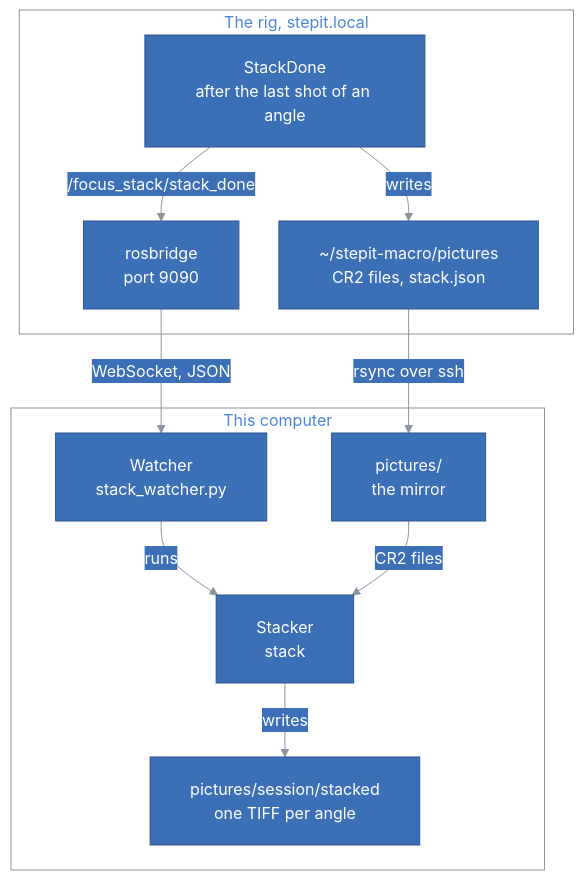
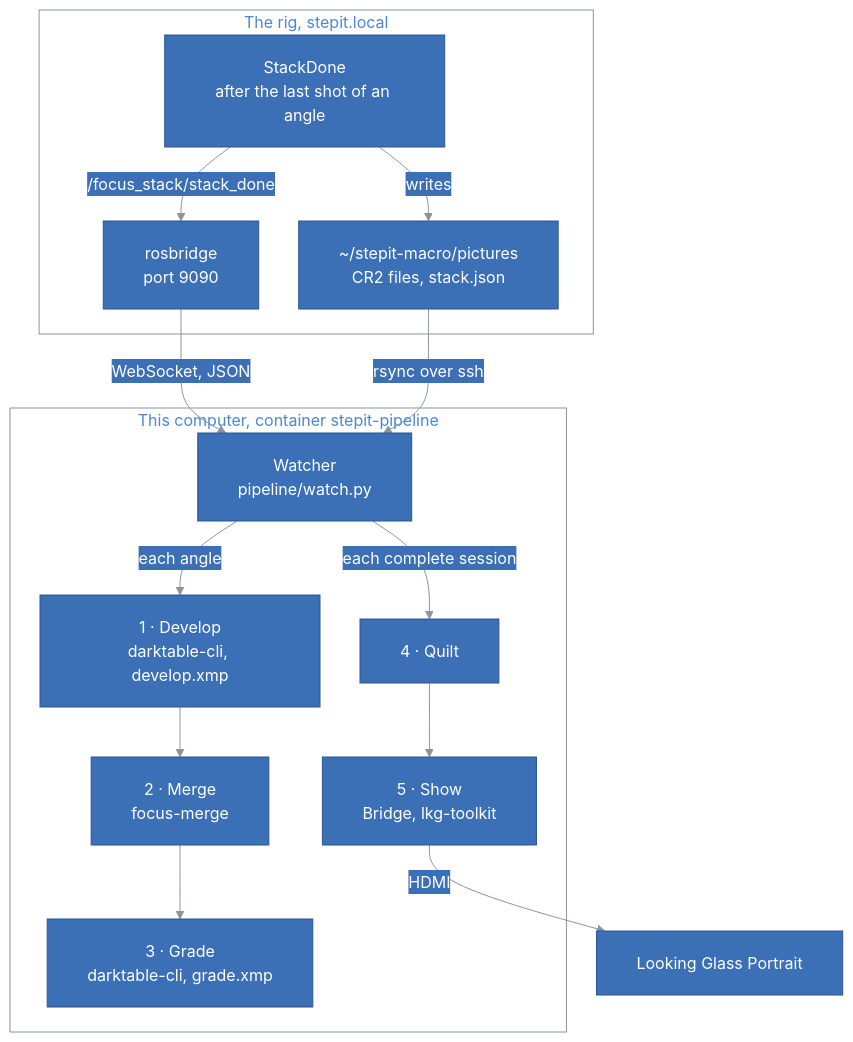
The first of 2 diagrams in docs/ARCHITECTURE.md (kineticsystem/stepit-stacker), drawn with Mermaid before and after one commit. The commit also changed other lines of this file and 25 other files, not shown here.

First line of the commit message:
Keep only the pipeline: remove the 8-bit stacker

````diff
--- a/docs/ARCHITECTURE.md
+++ b/docs/ARCHITECTURE.md
@@ -36,77 +33,80 @@
 ```mermaid
 ---
 config:
   theme: base
   themeCSS: ".edgeLabel p { padding: 4px 10px; }"
   flowchart:
     padding: 20
     nodeSpacing: 40
     rankSpacing: 50
   class:
     padding: 16
   sequence:
     boxMargin: 12
     boxTextMargin: 8
     noteMargin: 28
     messageMargin: 40
     actorMargin: 60
     labelBoxWidth: 56
     labelBoxHeight: 28
   themeVariables:
     primaryColor: "#3b6fb6"
     primaryTextColor: "#ffffff"
     primaryBorderColor: "#2c5590"
     lineColor: "#8b949e"
     textColor: "#4d86d6"
     actorBkg: "#3b6fb6"
     actorBorder: "#2c5590"
     actorTextColor: "#ffffff"
     actorLineColor: "#8b949e"
     signalColor: "#8b949e"
     signalTextColor: "#4d86d6"
     noteBkgColor: "#3b6fb6"
     noteTextColor: "#ffffff"
     noteBorderColor: "#2c5590"
     secondaryColor: "#3b6fb6"
     tertiaryColor: "#3b6fb6"
     clusterBkg: "transparent"
     clusterBorder: "#8b949e"
     titleColor: "#4d86d6"
     edgeLabelBackground: "#3b6fb6"
     classText: "#ffffff"
     labelBoxBkgColor: "#3b6fb6"
     labelBoxBorderColor: "#2c5590"
     labelTextColor: "#ffffff"
     loopTextColor: "#4d86d6"
     mainBkg: "#3b6fb6"
     nodeBorder: "#2c5590"
     nodeTextColor: "#ffffff"
     secondaryBorderColor: "#2c5590"
     secondaryTextColor: "#ffffff"
     tertiaryBorderColor: "#2c5590"
     tertiaryTextColor: "#ffffff"
     errorBkgColor: "#3b6fb6"
     errorTextColor: "#ffffff"
 ---
 flowchart TB
     subgraph Rig["The rig, stepit.local"]
         StackDone["StackDone<br/>after the last shot of an angle"]
-        Bridge["rosbridge<br/>port 9090"]
+        Rosbridge["rosbridge<br/>port 9090"]
         RigPictures["~/stepit-macro/pictures<br/>CR2 files, stack.json"]
-        StackDone -- "/focus_stack/stack_done" --> Bridge
+        StackDone -- "/focus_stack/stack_done" --> Rosbridge
         StackDone -- "writes" --> RigPictures
     end
-    subgraph PC["This computer"]
-        Watcher["Watcher<br/>stack_watcher.py"]
-        Mirror["pictures/<br/>the mirror"]
-        Stacker["Stacker<br/>stack"]
-        Images["pictures/session/stacked<br/>one TIFF per angle"]
-        Watcher -- "runs" --> Stacker
-        Mirror -- "CR2 files" --> Stacker
-        Stacker -- "writes" --> Images
+    subgraph PC["This computer, container stepit-pipeline"]
+        Watcher["Watcher<br/>pipeline/watch.py"]
+        Develop["1 · Develop<br/>darktable-cli, develop.xmp"]
+        Merge["2 · Merge<br/>focus-merge"]
+        Grade["3 · Grade<br/>darktable-cli, grade.xmp"]
+        Quilt["4 · Quilt"]
+        Show["5 · Show<br/>Bridge, lkg-toolkit"]
+        Watcher -- "each angle" --> Develop --> Merge --> Grade
+        Watcher -- "each complete session" --> Quilt --> Show
     end
-    Bridge -- "WebSocket, JSON" --> Watcher
-    RigPictures -- "rsync over ssh" --> Mirror
+    Portrait["Looking Glass Portrait"]
+    Rosbridge -- "WebSocket, JSON" --> Watcher
+    RigPictures -- "rsync over ssh" --> Watcher
+    Show -- "HDMI" --> Portrait
 
     classDef default fill:#3b6fb6,stroke:#2c5590,color:#ffffff
 ```
````
